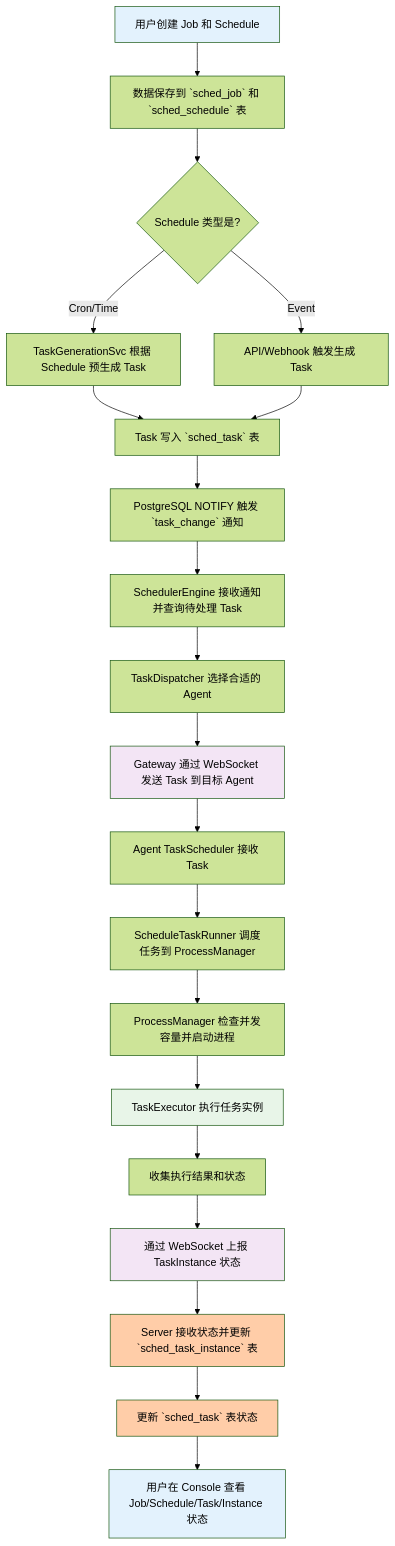
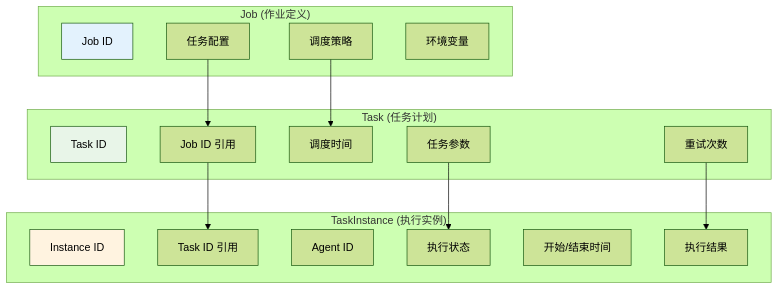
Before and after one commit to fusion-data/fusion-data: the fifth of 9 diagrams in hetuflow/hetuflow-docs/src/hetuflow/architecture.md, drawn with Mermaid (forest theme). The commit also changed other lines of this file and 420 other files, not shown here.

````diff
--- a/hetuflow/hetuflow-docs/src/hetuflow/architecture.md
+++ b/hetuflow/hetuflow-docs/src/hetuflow/architecture.md
@@ -262,33 +441,36 @@
 ```mermaid
-flowchart TD
-    A[用户创建 Job 和 Schedule] --> B[数据保存到 `sched_job` 和 `sched_schedule` 表]
-    B --> C{Schedule 类型是?}
-    C -- Cron/Time --> D[TaskGenerationSvc 根据 Schedule 预生成 Task]
-    C -- Event --> E[API/Webhook 触发生成 Task]
-    D --> F[Task 写入 `sched_task` 表]
-    E --> F
+graph TD
+    subgraph "Job (作业定义)"
+        J1[Job ID]
+        J2[任务配置]
+        J3[调度策略]
+        J4[环境变量]
+    end
 
-    F --> G[PostgreSQL NOTIFY 触发 `task_change` 通知]
-    G --> H[SchedulerEngine 接收通知并查询待处理 Task]
-    H --> I[TaskDispatcher 选择合适的 Agent]
-    I --> J[Gateway 通过 WebSocket 发送 Task 到目标 Agent]
+    subgraph "Task (任务计划)"
+        T1[Task ID]
+        T2[Job ID 引用]
+        T3[调度时间]
+        T4[任务参数]
+        T5[重试次数]
+    end
 
-    J --> K[Agent TaskScheduler 接收 Task]
-    K --> L[ScheduleTaskRunner 调度任务到 ProcessManager]
-    L --> M[ProcessManager 检查并发容量并启动进程]
-    M --> N[TaskExecutor 执行任务实例]
-    N --> O[收集执行结果和状态]
-    O --> P[通过 WebSocket 上报 TaskInstance 状态]
+    subgraph "TaskInstance (执行实例)"
+        I1[Instance ID]
+        I2[Task ID 引用]
+        I3[Agent ID]
+        I4[执行状态]
+        I5[开始/结束时间]
+        I6[执行结果]
+    end
 
-    P --> Q[Server 接收状态并更新 `sched_task_instance` 表]
-    Q --> R[更新 `sched_task` 表状态]
-    R --> S[用户在 Console 查看 Job/Schedule/Task/Instance 状态]
+    J2 --> T2
+    J3 --> T3
+    T2 --> I2
+    T4 --> I4
+    T5 --> I6
 
-    style A fill:#e3f2fd
-    style S fill:#e3f2fd
-    style J fill:#f3e5f5
-    style P fill:#f3e5f5
-    style N fill:#e8f5e8
-    style Q fill:#ffcda8
-    style R fill:#ffcda8
+    style J1 fill:#e3f2fd
+    style T1 fill:#e8f5e8
+    style I1 fill:#fff3e0
 ```
````
